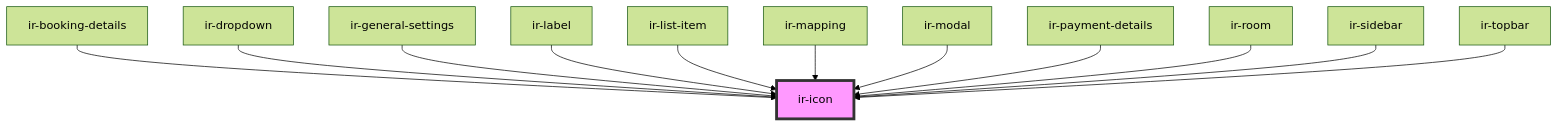
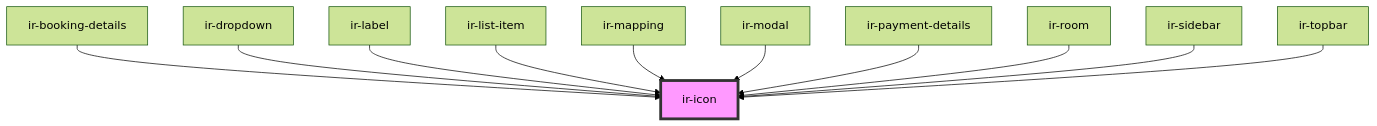
The diagram in src/components/ir-icon/readme.md (freddynasr/ir-webcmp), drawn with Mermaid (forest theme) before and after one commit. The commit also changed other lines of this file and 18 other files, not shown here.

````diff
--- a/src/components/ir-icon/readme.md
+++ b/src/components/ir-icon/readme.md
@@ -39,15 +38,14 @@
 ```mermaid
 graph TD;
   ir-booking-details --> ir-icon
   ir-dropdown --> ir-icon
-  ir-general-settings --> ir-icon
   ir-label --> ir-icon
   ir-list-item --> ir-icon
   ir-mapping --> ir-icon
   ir-modal --> ir-icon
   ir-payment-details --> ir-icon
   ir-room --> ir-icon
   ir-sidebar --> ir-icon
   ir-topbar --> ir-icon
   style ir-icon fill:#f9f,stroke:#333,stroke-width:4px
 ```
````
